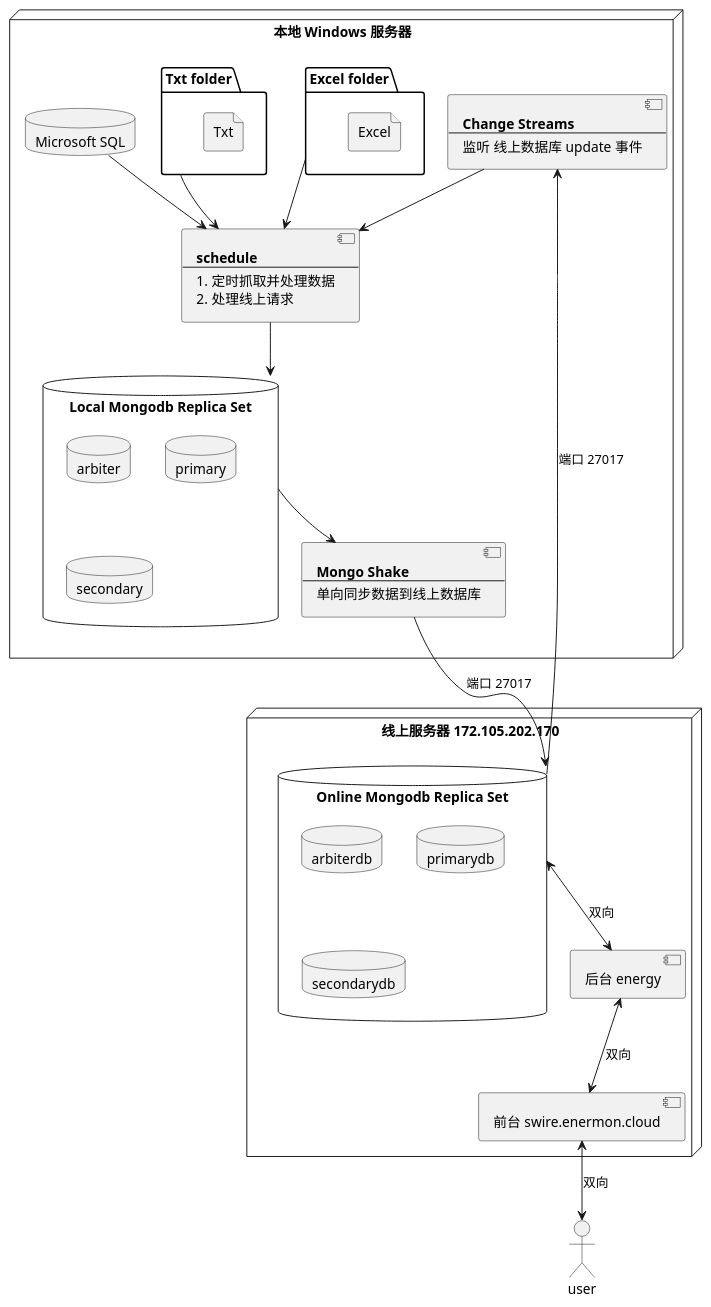
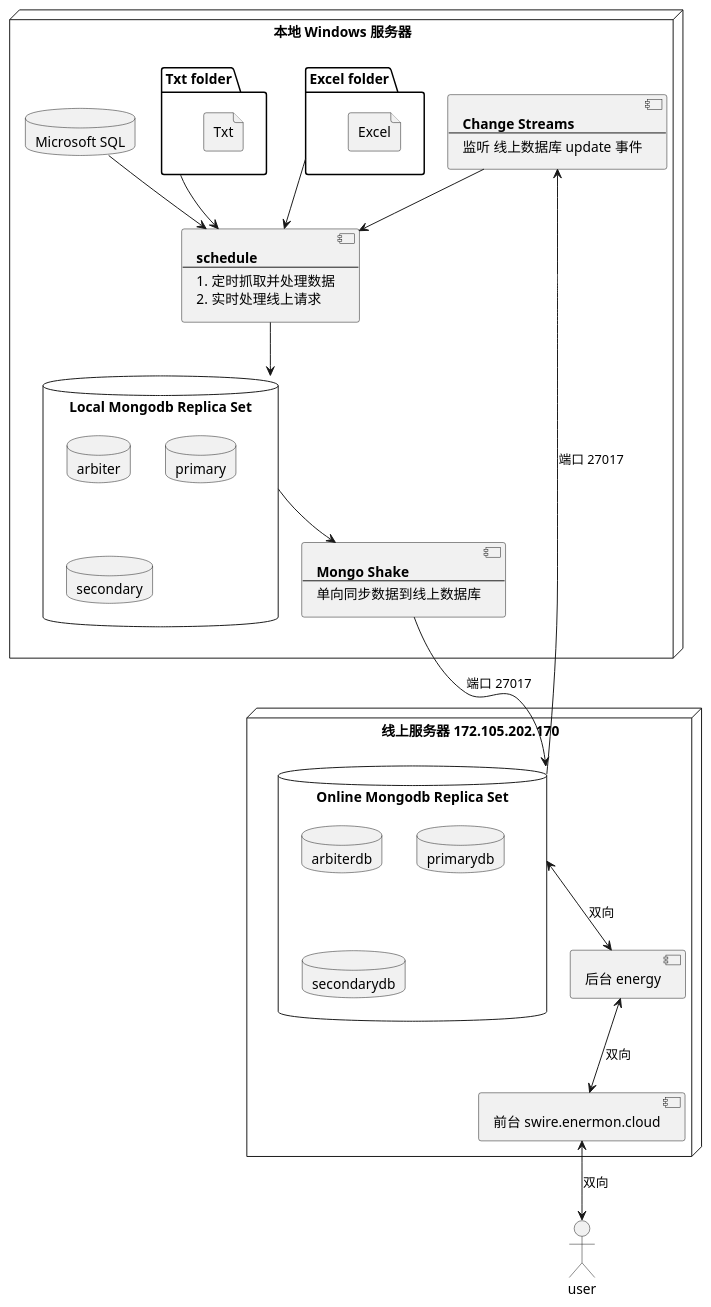
Before and after one commit to joehecn/swire-docs: the diagram in pu/src/future.pu, drawn with PlantUML. The commit also changed 2 other files, not shown here.

```diff
--- a/pu/src/future.pu
+++ b/pu/src/future.pu
@@ -1,73 +1,73 @@
 @startuml future
   ' 定义变量 -------------------------------
   ' 本地 windows 服务器
   node "本地 Windows 服务器" as windows {
     ' MS Sql
     database "Microsoft SQL" as mssql
     ' Excel file
     folder "Excel folder" as excel {
       file "Excel"
     }
     ' Txt file
     folder "Txt folder" as txt {
       file "Txt"
     }
 
     ' 定时抓取数据
     component schedule [
       <b>schedule
       ----
       1. 定时抓取并处理数据
-      2. 处理线上请求
+      2. 实时处理线上请求
     ]
 
     ' Local Mongodb
     database "Local Mongodb Replica Set" as localdb {
       database arbiter
       database primary
       database secondary
     }
     ' 单项同步
     component shake [
       <b>Mongo Shake
       ----
       单向同步数据到线上数据库
     ]
     ' Change Streams
     component change [
       <b>Change Streams
       ----
       监听 线上数据库 update 事件
     ]
   }
 
   ' 线上 linux 服务器 http://swire.enermon.cloud/
   node "线上服务器 172.105.202.170" as linux {
     ' web
     component "前台 swire.enermon.cloud" as web
     component "后台 energy" as energy
     ' Online Mongodb
     database "Online Mongodb Replica Set" as db {
       database arbiterdb
       database primarydb
       database secondarydb
     }
   }
 
   actor user
 
   ' 关系
   mssql --> schedule
   excel --> schedule
   txt --> schedule
   schedule --> localdb
   localdb --> shake
 
   shake --> db : 端口 27017
   db <--> energy : 双向
   energy <--> web : 双向
   web <--> user : 双向
   
   db --> change : 端口 27017
   change --> schedule
 @enduml
```
